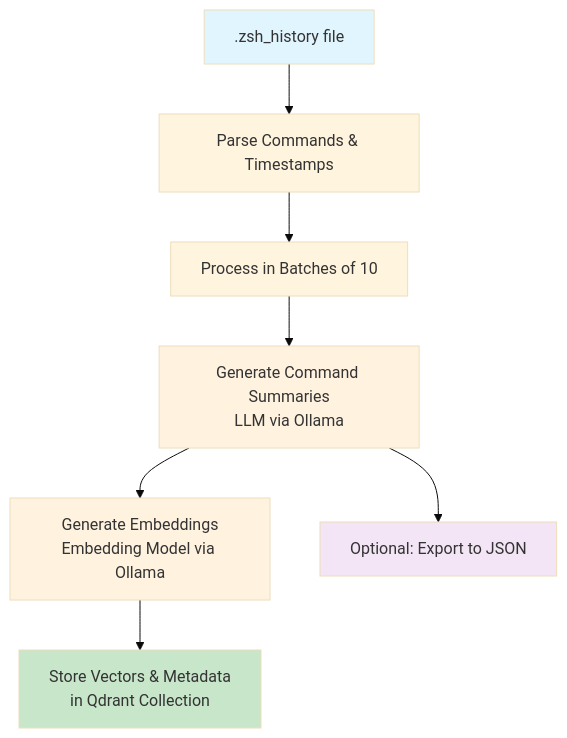
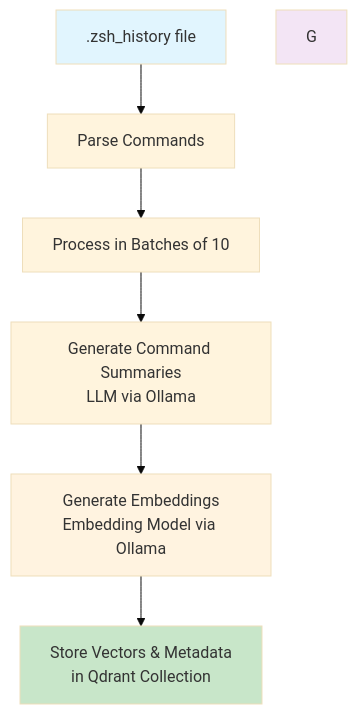
The first of 2 diagrams in README.md (trolleksii/total-recall), drawn with Mermaid (base theme) before and after one commit.

````diff
--- a/README.md
+++ b/README.md
@@ -50,16 +50,13 @@
 ```mermaid
 graph TD
-    A[.zsh_history file] --> B[Parse Commands & Timestamps]
+    A[.zsh_history file] --> B[Parse Commands]
     B --> C[Process in Batches of 10]
     C --> D[Generate Command Summaries<br/>LLM via Ollama]
     D --> E[Generate Embeddings<br/>Embedding Model via Ollama]
     E --> F[Store Vectors & Metadata<br/>in Qdrant Collection]
 
-    D --> G[Optional: Export to JSON]
-
     style A fill:#e1f5fe
     style F fill:#c8e6c9
-    style D fill:#fff3e0
     style E fill:#fff3e0
     style G fill:#f3e5f5
 ```
````
